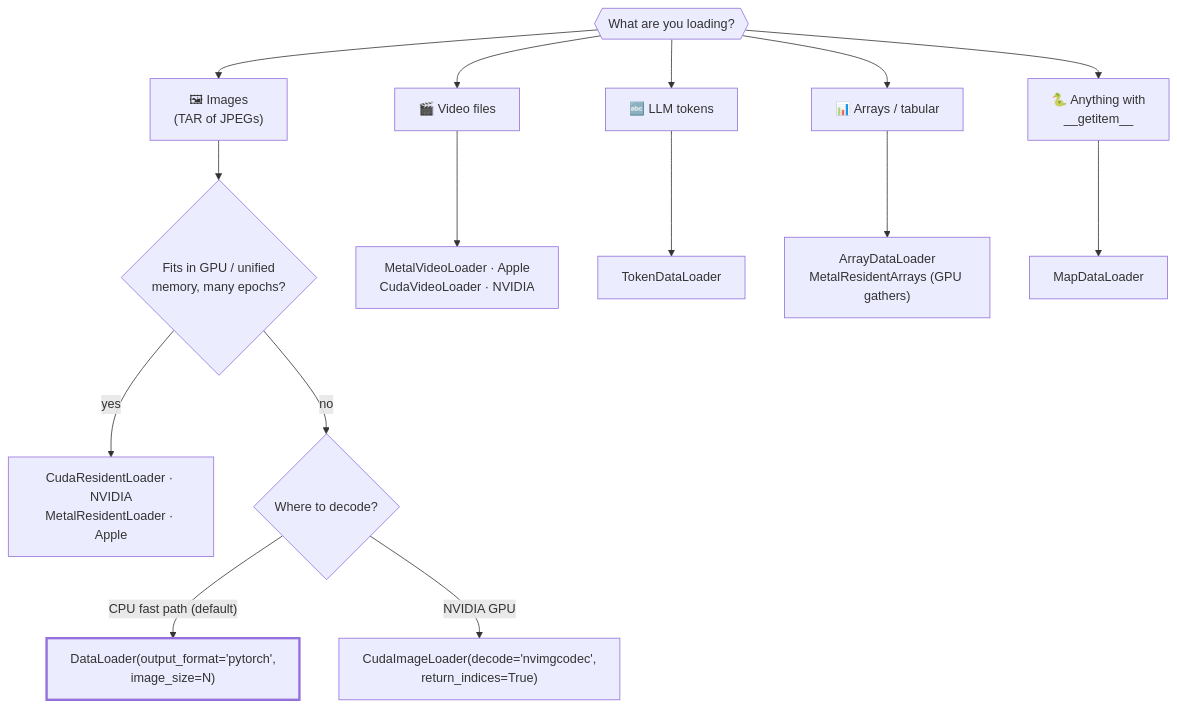
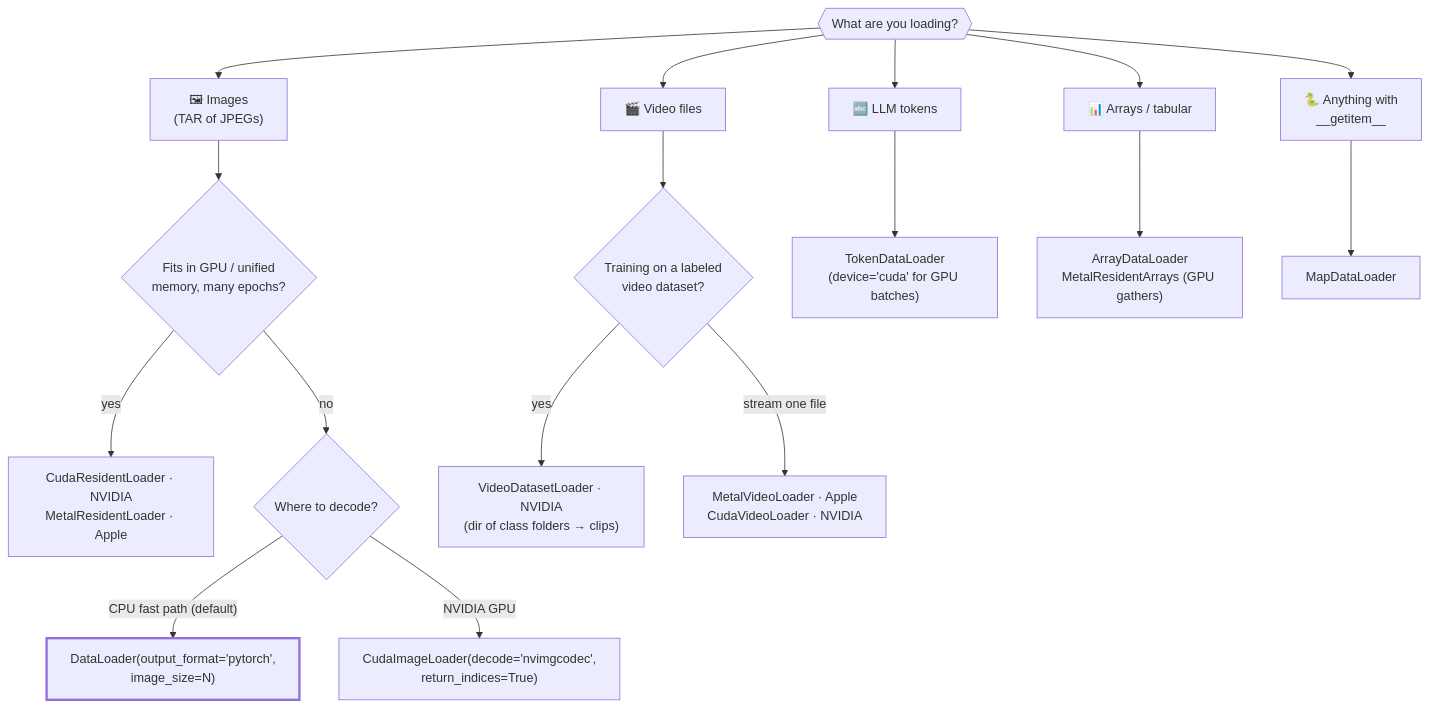
The second of 3 diagrams in README.md (ALJainProjects/TurboLoader), drawn with Mermaid before and after one commit. The commit also changed other lines of this file and 16 other files, not shown here.

First line of the commit message:
perf: e2e speed sprint — video training loader, token fast path, honest e2e reruns, CUDA self-hosted CI (#16)

````diff
--- a/README.md
+++ b/README.md
@@ -42,21 +42,23 @@
 ```mermaid
 flowchart TD
     S{{"What are you loading?"}}
     S --> IMG["🖼 Images<br/>(TAR of JPEGs)"]
     S --> VID["🎬 Video files"]
     S --> TOK["🔤 LLM tokens"]
     S --> ARR["📊 Arrays / tabular"]
     S --> ANY["🐍 Anything with<br/>__getitem__"]
 
     IMG --> Q1{"Fits in GPU / unified<br/>memory, many epochs?"}
     Q1 -- yes --> RES["CudaResidentLoader · NVIDIA<br/>MetalResidentLoader · Apple"]
     Q1 -- no --> Q2{"Where to decode?"}
     Q2 -- "CPU fast path (default)" --> DL["DataLoader(output_format='pytorch',<br/>image_size=N)"]
     Q2 -- "NVIDIA GPU" --> CIL["CudaImageLoader(decode='nvimgcodec',<br/>return_indices=True)"]
-    VID --> MV["MetalVideoLoader · Apple<br/>CudaVideoLoader · NVIDIA"]
-    TOK --> TDL["TokenDataLoader"]
+    VID --> QV{"Training on a labeled<br/>video dataset?"}
+    QV -- yes --> VDS["VideoDatasetLoader · NVIDIA<br/>(dir of class folders → clips)"]
+    QV -- "stream one file" --> MV["MetalVideoLoader · Apple<br/>CudaVideoLoader · NVIDIA"]
+    TOK --> TDL["TokenDataLoader<br/>(device='cuda' for GPU batches)"]
     ARR --> ADL["ArrayDataLoader<br/>MetalResidentArrays (GPU gathers)"]
     ANY --> MAP["MapDataLoader"]
 
     style DL stroke-width:3px
 ```
````
